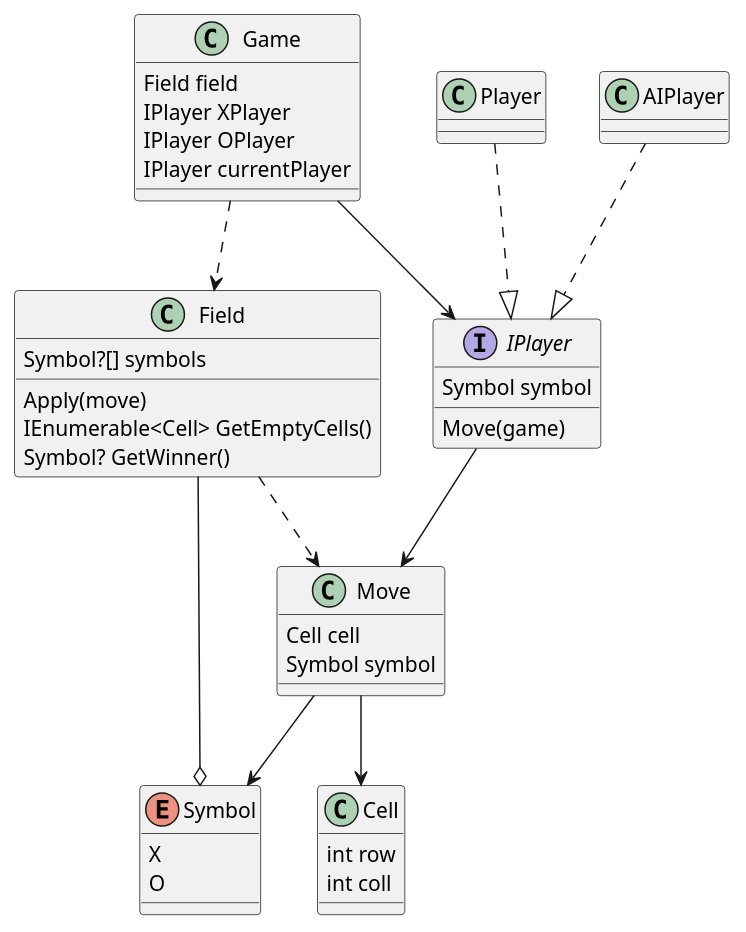
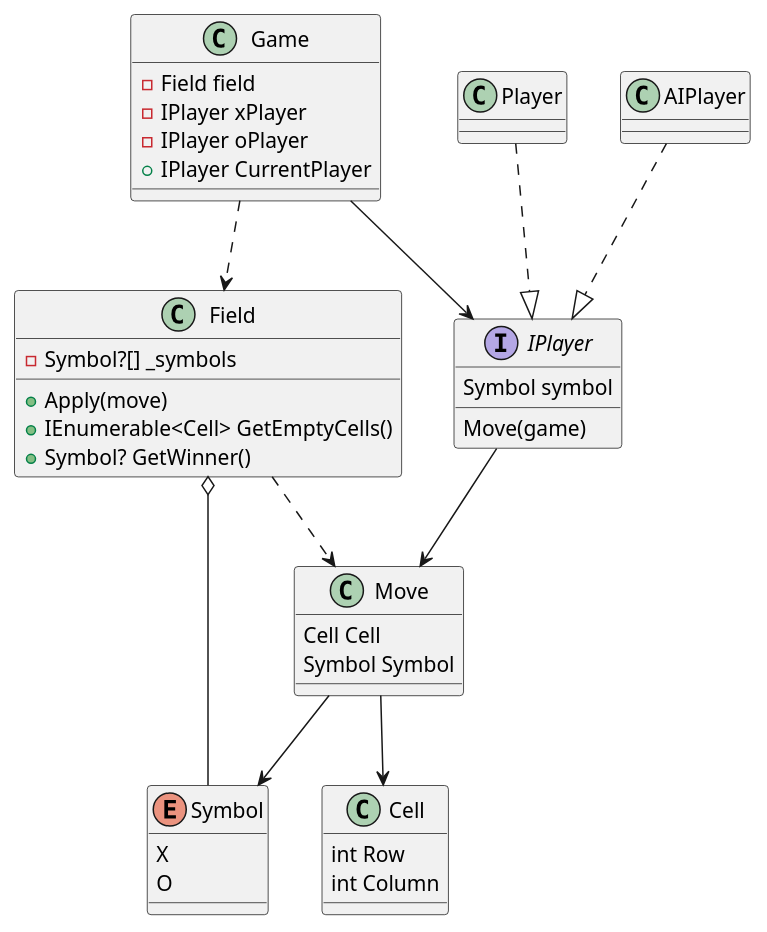
The diagram in Diagrams/design.puml (Gotcha7770/TicTacToe), drawn with PlantUML before and after one commit.

Commit message:
add access modifiers

```diff
--- a/Diagrams/design.puml
+++ b/Diagrams/design.puml
@@ -1,56 +1,56 @@
 @startuml
 'https://plantuml.com/ru/class-diagram
 
 enum Symbol {
     X
     O
 }
 
 class Cell {
-    int row
-    int coll
+    int Row
+    int Column
 }
 
 class Move {
-    Cell cell
-    Symbol symbol
+    Cell Cell
+    Symbol Symbol
 }
 
 class Field {
-    Symbol?[] symbols
-    Apply(move)
-    IEnumerable<Cell> GetEmptyCells()
-    Symbol? GetWinner()
+    - Symbol?[] _symbols
+    + Apply(move)
+    + IEnumerable<Cell> GetEmptyCells()
+    + Symbol? GetWinner()
 }
 
 interface IPlayer {
     Symbol symbol
     Move(game)
 }
 
 class Player {
 }
 
 class AIPlayer {
 }
 
 ' раунд игры, счет?
 
 class Game {
-    Field field
-    IPlayer XPlayer
-    IPlayer OPlayer
-    IPlayer currentPlayer
+    - Field field
+    - IPlayer xPlayer
+    - IPlayer oPlayer
+    + IPlayer CurrentPlayer
 }
 
 Move --> Symbol
 Move --> Cell
-Field --o Symbol
+Field o-- Symbol
 Field ..> Move
 Player ..|> IPlayer
 AIPlayer ..|> IPlayer
 IPlayer --> Move
 Game ..> Field
 Game --> IPlayer
 
 @enduml
```
